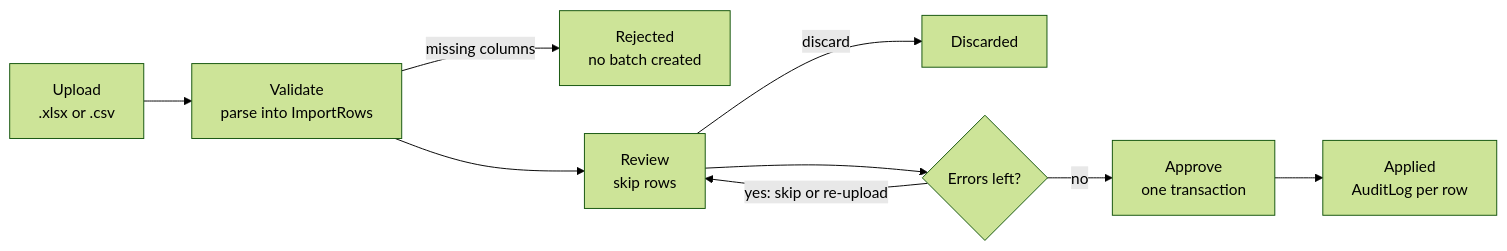
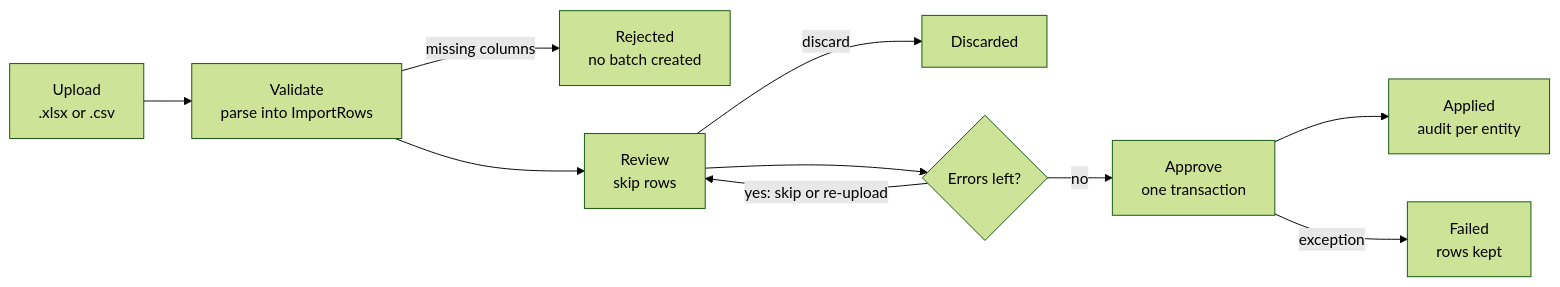
One commit to epicallyunreal/acme-salary changed the second of 2 diagrams in docs/SPEC.md. Above: the diagram before and after it, drawn with Mermaid (forest theme). The commit also changed other lines of this file and 18 other files, not shown here.

````diff
--- a/docs/SPEC.md
+++ b/docs/SPEC.md
@@ -185,11 +218,12 @@
 ```mermaid
 flowchart LR
   U["Upload<br/>.xlsx or .csv"] --> V["Validate<br/>parse into ImportRows"]
   V -->|missing columns| R["Rejected<br/>no batch created"]
   V --> W["Review<br/>skip rows"]
   W -->|discard| D["Discarded"]
   W --> Q{"Errors left?"}
   Q -->|yes: skip or re-upload| W
   Q -->|no| A["Approve<br/>one transaction"]
-  A --> P["Applied<br/>AuditLog per row"]
+  A --> P["Applied<br/>audit per entity"]
+  A -->|exception| F["Failed<br/>rows kept"]
 ```
````
